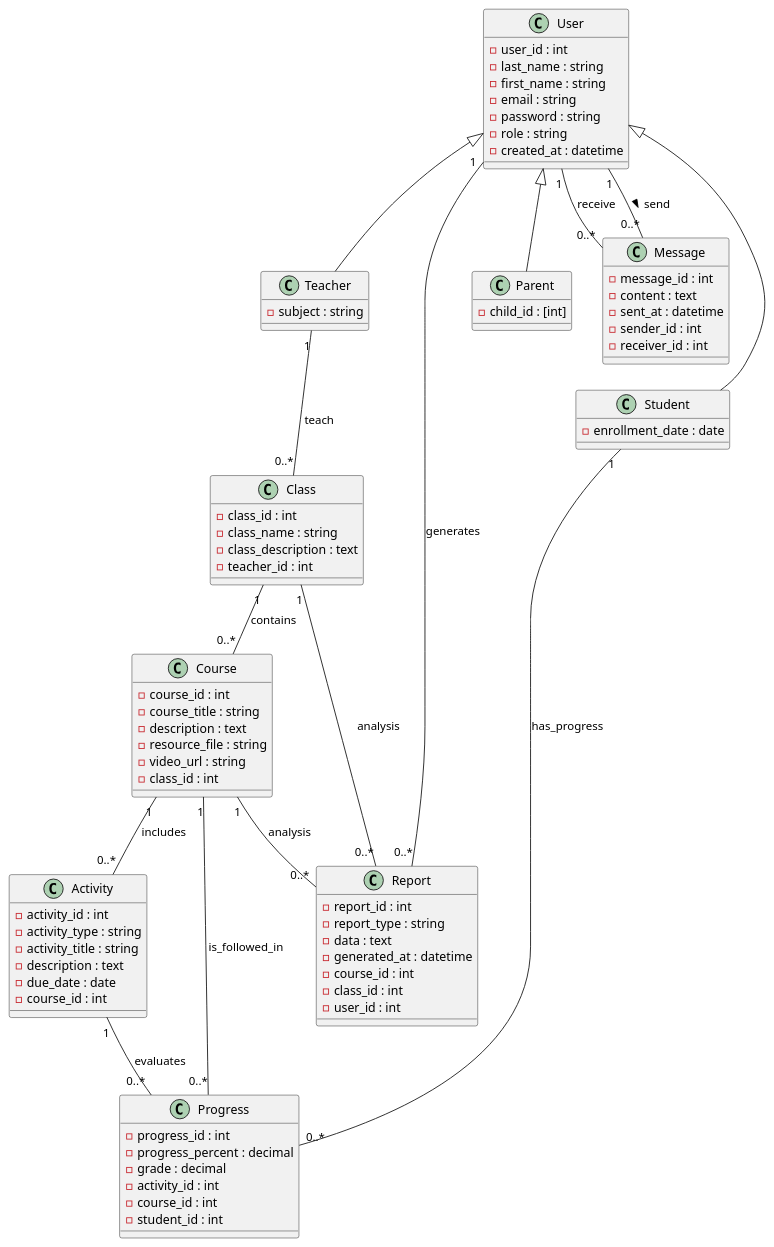
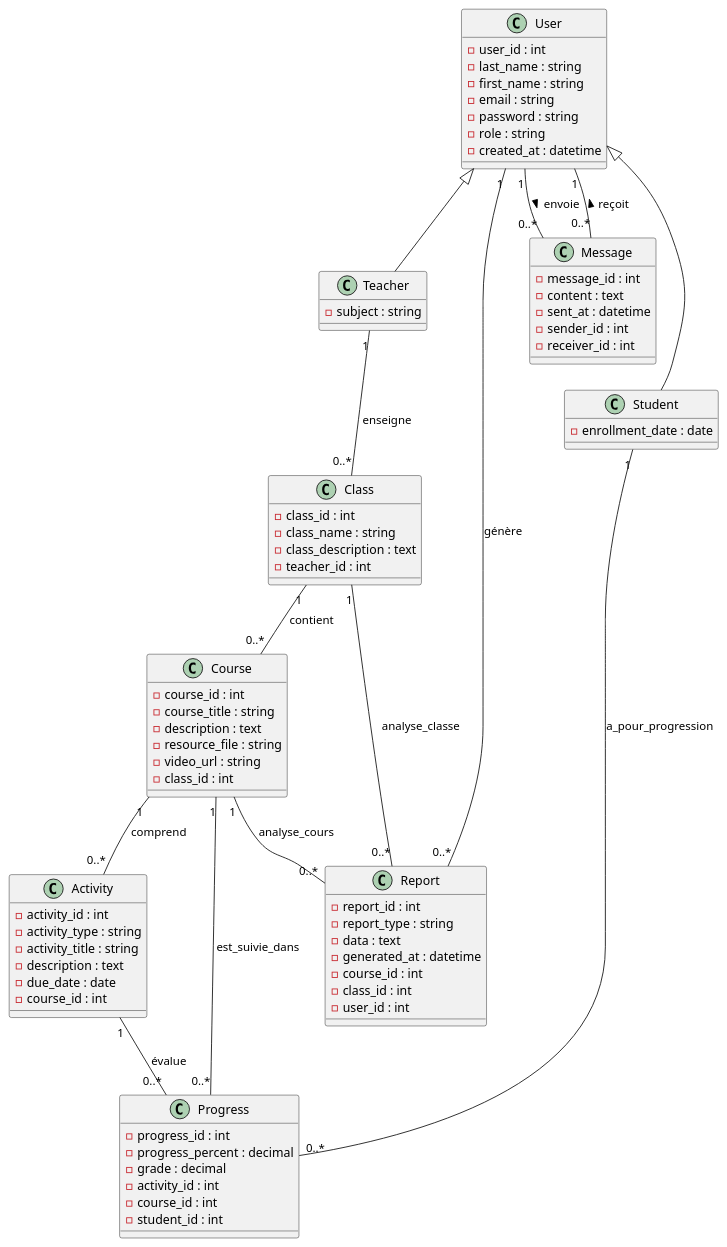
One commit to AurelienDillies/Primeo changed the diagram in Conception/classe/classe.puml. Above: the diagram before and after it, drawn with PlantUML. The commit also changed 3 other files, not shown here.

```diff
--- a/Conception/classe/classe.puml
+++ b/Conception/classe/classe.puml
@@ -1,102 +1,96 @@
-@startuml Digiforma
+@startuml
 
 ' ======================
 ' Classes
 ' ======================
 
 class User {
   -user_id : int
   -last_name : string
   -first_name : string
   -email : string
   -password : string
   -role : string
   -created_at : datetime
 }
 
 class Teacher extends User {
   -subject : string
 }
 
 class Student extends User {
   -enrollment_date : date
 }
-
-class Parent extends User {
-  -child_id : [int]
-}
-
-
 
 class Class {
   -class_id : int
   -class_name : string
   -class_description : text
   -teacher_id : int
 }
 
 class Course {
   -course_id : int
   -course_title : string
   -description : text
   -resource_file : string
   -video_url : string
   -class_id : int
 }
 
 class Activity {
   -activity_id : int
   -activity_type : string
   -activity_title : string
   -description : text
   -due_date : date
   -course_id : int
 }
 
 class Message {
   -message_id : int
   -content : text
   -sent_at : datetime
   -sender_id : int
   -receiver_id : int
 }
 
 class Progress {
   -progress_id : int
   -progress_percent : decimal
   -grade : decimal
   -activity_id : int
   -course_id : int
   -student_id : int
 }
 
 class Report {
   -report_id : int
   -report_type : string
   -data : text
   -generated_at : datetime
   -course_id : int
   -class_id : int
   -user_id : int
 }
 
 ' ======================
 ' Relations
 ' ======================
 
-Teacher "1" -- "0..*" Class : teach
-Class "1" -- "0..*" Course : contains
-Course "1" -- "0..*" Activity : includes
+Teacher "1" -- "0..*" Class : enseigne
+Class "1" -- "0..*" Course : contient
+Course "1" -- "0..*" Activity : comprend
 
-User "1" -- "0..*" Message : send >
-User "1" -- "0..*" Message : receive
+User "1" -- "0..*" Message : envoie >
+User "1" -- "0..*" Message : < reçoit
 
-Student "1" -- "0..*" Progress : has_progress
-Course "1" -- "0..*" Progress : is_followed_in
-Activity "1" -- "0..*" Progress : evaluates
+Student "1" -- "0..*" Progress : a_pour_progression
+Course "1" -- "0..*" Progress : est_suivie_dans
+Activity "1" -- "0..*" Progress : évalue
 
-User "1" -- "0..*" Report : generates
-Class "1" -- "0..*" Report : analysis
-Course "1" -- "0..*" Report : analysis
+User "1" -- "0..*" Report : génère
+Class "1" -- "0..*" Report : analyse_classe
+Course "1" -- "0..*" Report : analyse_cours
 
 @enduml
```
